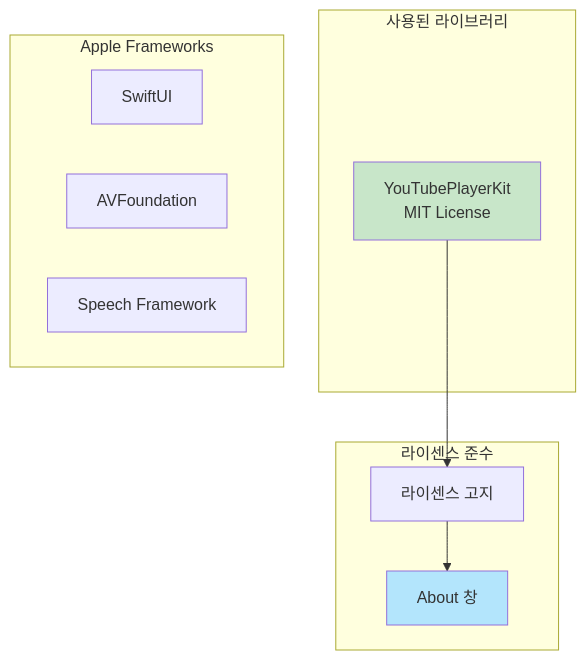
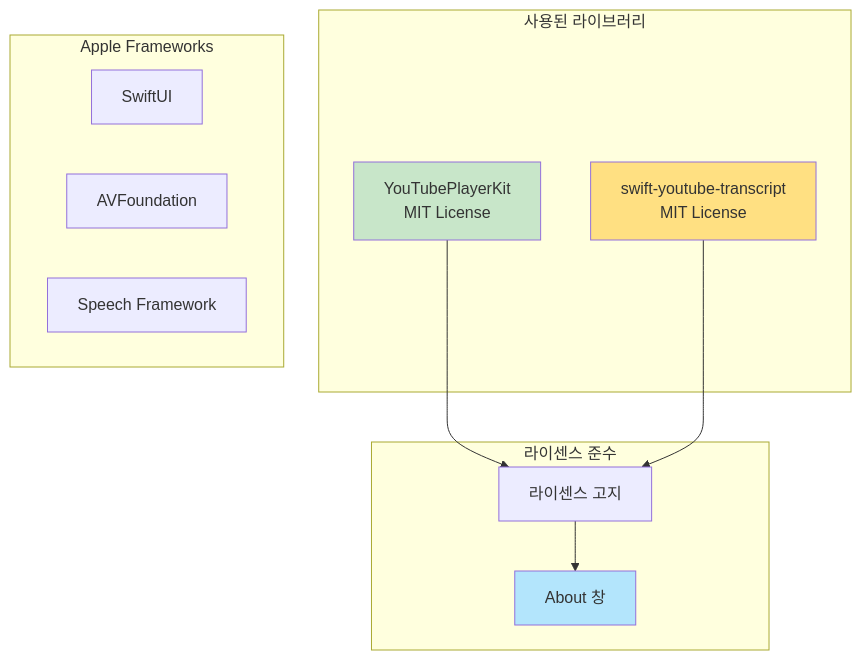
Before and after one commit to goodsw4all/Shawdowing: diagram 13 of 13 in SPEC.md, drawn with Mermaid. The commit also changed other lines of this file and 11 other files, not shown here.

````diff
--- a/SPEC.md
+++ b/SPEC.md
@@ -1055,23 +1075,26 @@
 ```mermaid
 graph TB
     subgraph "사용된 라이브러리"
         YPK[YouTubePlayerKit<br/>MIT License]
+        Transcript[swift-youtube-transcript<br/>MIT License]
     end
     
     subgraph "Apple Frameworks"
         SwiftUI[SwiftUI]
         AVFoundation[AVFoundation]
         Speech[Speech Framework]
     end
     
     subgraph "라이센스 준수"
         Notice[라이센스 고지]
         About[About 창]
     end
     
     YPK --> Notice
+    Transcript --> Notice
     Notice --> About
     
     style YPK fill:#C8E6C9
+    style Transcript fill:#FFE082
     style About fill:#B3E5FC
 ```
````
